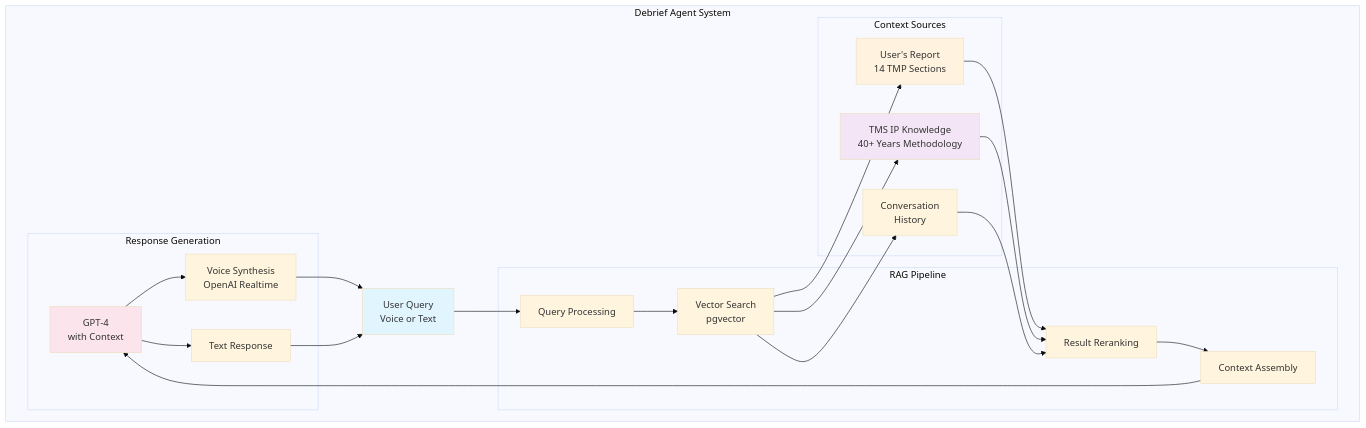
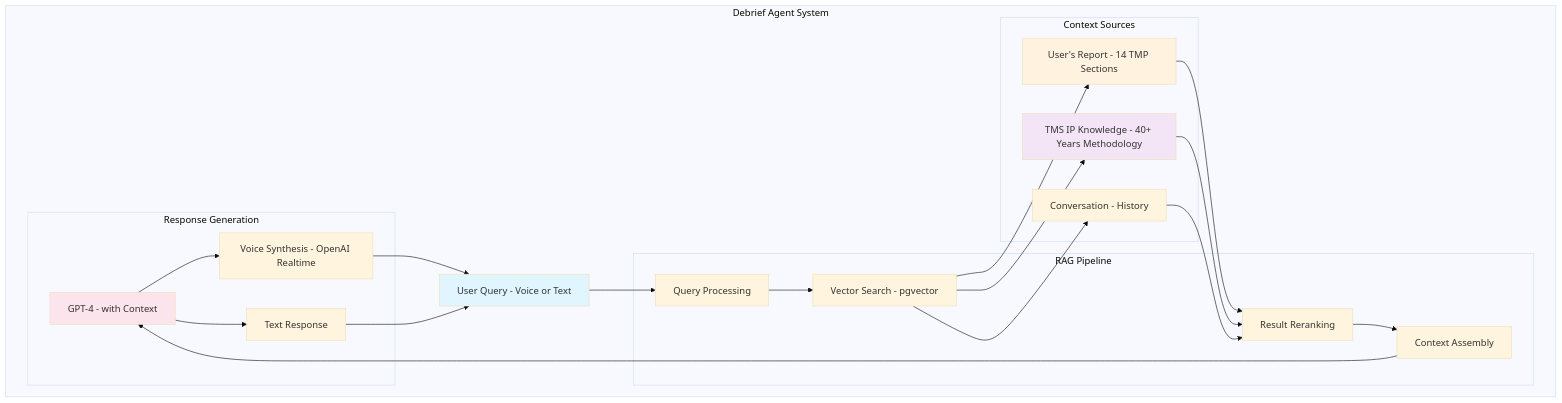
One commit to tmscoach/teamOS-Agents-Demo changed the seventh of 11 diagrams in docs/tms-api-spec/SYSTEM-ARCHITECTURE.md. Above: the diagram before and after it, drawn with Mermaid (base theme). The commit also changed other lines of this file, not shown here.

First line of the commit message:
fix: Replace HTML br tags in Mermaid diagrams

````diff
--- a/docs/tms-api-spec/SYSTEM-ARCHITECTURE.md
+++ b/docs/tms-api-spec/SYSTEM-ARCHITECTURE.md
@@ -282,50 +282,50 @@
 ```mermaid
 graph TB
     subgraph "Debrief Agent System"
-        User[User Query<br/>Voice or Text]
+        User[User Query - Voice or Text]
         
         subgraph "Context Sources"
-            UserReport[User's Report<br/>14 TMP Sections]
-            TMSIP[TMS IP Knowledge<br/>40+ Years Methodology]
-            History[Conversation<br/>History]
+            UserReport[User's Report - 14 TMP Sections]
+            TMSIP[TMS IP Knowledge - 40+ Years Methodology]
+            History[Conversation - History]
         end
         
         subgraph "RAG Pipeline"
             Query[Query Processing]
-            VectorSearch[Vector Search<br/>pgvector]
+            VectorSearch[Vector Search - pgvector]
             Rerank[Result Reranking]
             Context[Context Assembly]
         end
         
         subgraph "Response Generation"
-            LLM[GPT-4<br/>with Context]
-            Voice[Voice Synthesis<br/>OpenAI Realtime]
+            LLM[GPT-4 - with Context]
+            Voice[Voice Synthesis - OpenAI Realtime]
             Text[Text Response]
         end
         
         User --> Query
         Query --> VectorSearch
         
         VectorSearch --> UserReport
         VectorSearch --> TMSIP
         VectorSearch --> History
         
         UserReport --> Rerank
         TMSIP --> Rerank
         History --> Rerank
         
         Rerank --> Context
         Context --> LLM
         
         LLM --> Voice
         LLM --> Text
         
         Voice --> User
         Text --> User
     end
     
     style User fill:#e1f5fe
     style UserReport fill:#fff3e0
     style TMSIP fill:#f3e5f5
     style LLM fill:#fce4ec
 ```
````
